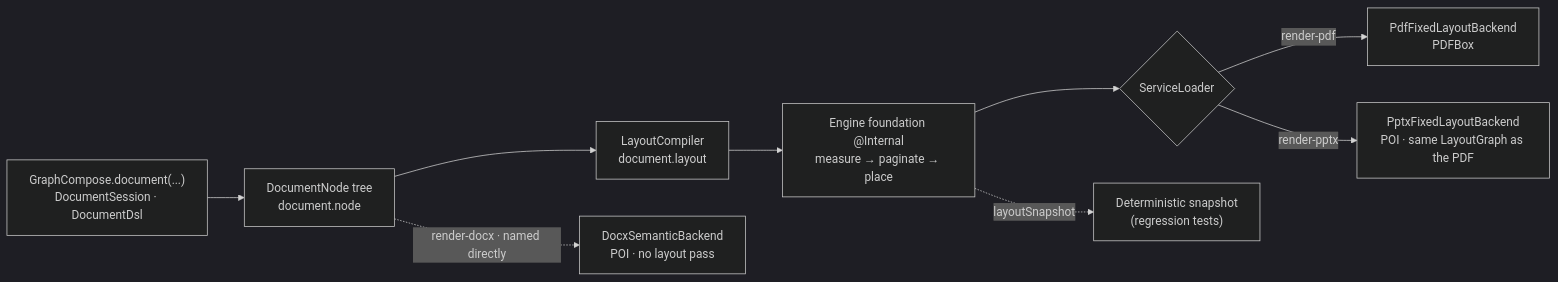
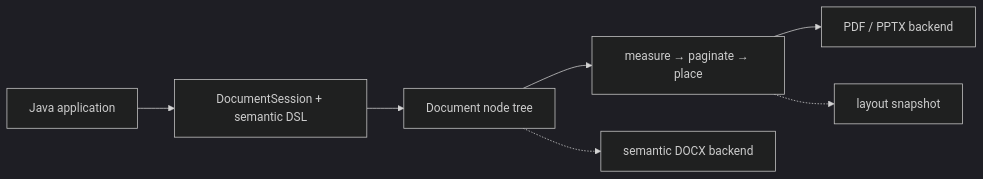
The diagram in README.md (DemchaAV/GraphCompose), drawn with Mermaid (dark theme) before and after one commit. The commit also changed other lines of this file and 8 other files, not shown here.

````diff
--- a/README.md
+++ b/README.md
@@ -303,11 +308,9 @@
 ```mermaid
 flowchart LR
-    A["GraphCompose.document(...)<br/>DocumentSession · DocumentDsl"] --> B["DocumentNode tree<br/>document.node"]
-    B --> C["LayoutCompiler<br/>document.layout"]
-    C --> D["Engine foundation @Internal<br/>measure → paginate → place"]
-    D --> E{ServiceLoader}
-    E -->|render-pdf| F["PdfFixedLayoutBackend<br/>PDFBox"]
-    E -->|render-pptx| G["PptxFixedLayoutBackend<br/>POI · same LayoutGraph as the PDF"]
-    B -.->|render-docx · named directly| I["DocxSemanticBackend<br/>POI · no layout pass"]
-    D -.->|layoutSnapshot| H["Deterministic snapshot<br/>(regression tests)"]
+    A["Java application"] --> B["DocumentSession + semantic DSL"]
+    B --> C["Document node tree"]
+    C --> D["measure → paginate → place"]
+    D --> E["PDF / PPTX backend"]
+    C -.-> F["semantic DOCX backend"]
+    D -.-> G["layout snapshot"]
 ```
````
